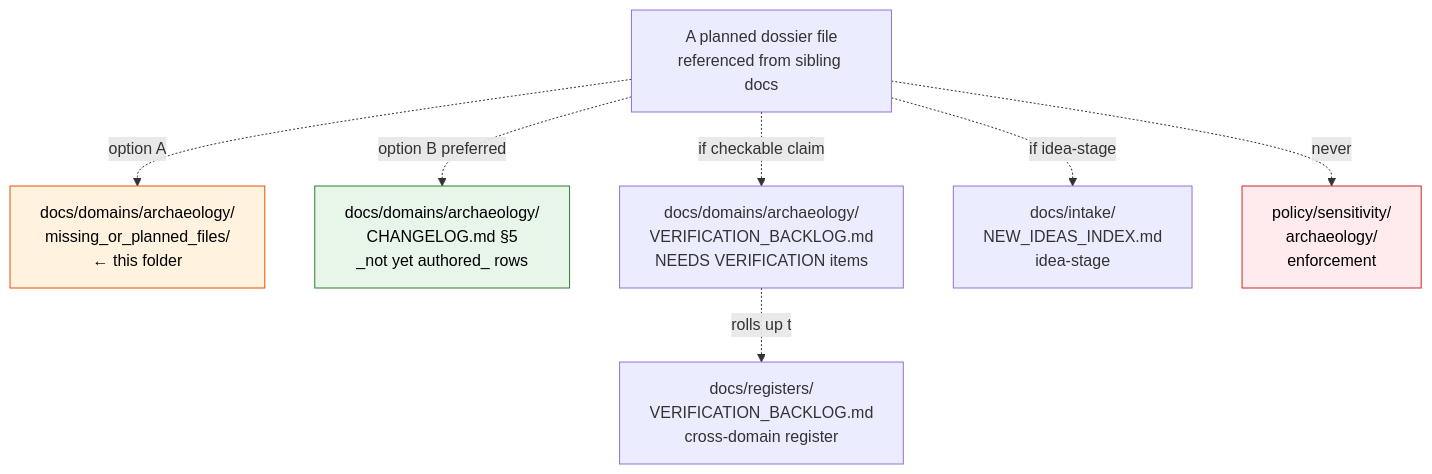
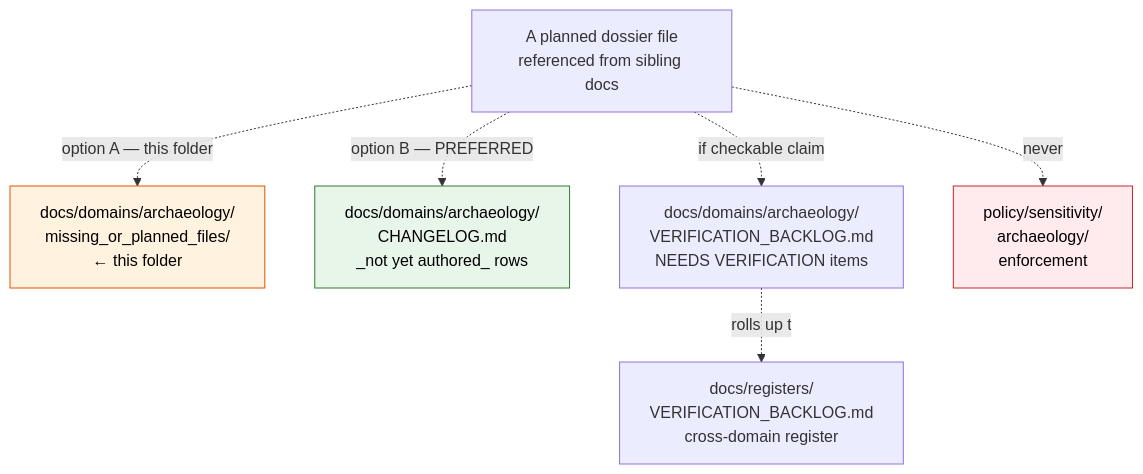
The diagram in docs/domains/archaeology/missing_or_planned_files/README.md (bartytime4life/Kansas-Frontier-Matrix), drawn with Mermaid before and after one commit. The commit also changed other lines of this file, not shown here.

````diff
--- a/docs/domains/archaeology/missing_or_planned_files/README.md
+++ b/docs/domains/archaeology/missing_or_planned_files/README.md
@@ -223,25 +222,23 @@
 ```mermaid
 flowchart TB
     NEED[A planned dossier file<br/>referenced from sibling docs]
     THIS[docs/domains/archaeology/<br/>missing_or_planned_files/<br/>← this folder]
-    CHGL[docs/domains/archaeology/<br/>CHANGELOG.md §5<br/>_not yet authored_ rows]
+    CHGL[docs/domains/archaeology/<br/>CHANGELOG.md<br/>_not yet authored_ rows]
     VBL[docs/domains/archaeology/<br/>VERIFICATION_BACKLOG.md<br/>NEEDS VERIFICATION items]
     XREG[docs/registers/<br/>VERIFICATION_BACKLOG.md<br/>cross-domain register]
-    INTAKE[docs/intake/<br/>NEW_IDEAS_INDEX.md<br/>idea-stage]
     SENS[policy/sensitivity/<br/>archaeology/<br/>enforcement]
 
-    NEED -.option A.-> THIS
-    NEED -.option B preferred.-> CHGL
+    NEED -.option A — this folder.-> THIS
+    NEED -.option B — PREFERRED.-> CHGL
     NEED -.if checkable claim.-> VBL
     VBL -.rolls up to.-> XREG
-    NEED -.if idea-stage.-> INTAKE
     NEED -.never.-> SENS
 
     classDef self fill:#fff3e0,stroke:#e65100,stroke-width:1px,color:#000;
     classDef pref fill:#e8f5e9,stroke:#2e7d32,stroke-width:1px,color:#000;
     classDef deny fill:#ffebee,stroke:#c62828,stroke-width:1px,color:#000;
 
     class THIS self;
     class CHGL pref;
     class SENS deny;
 ```
````
